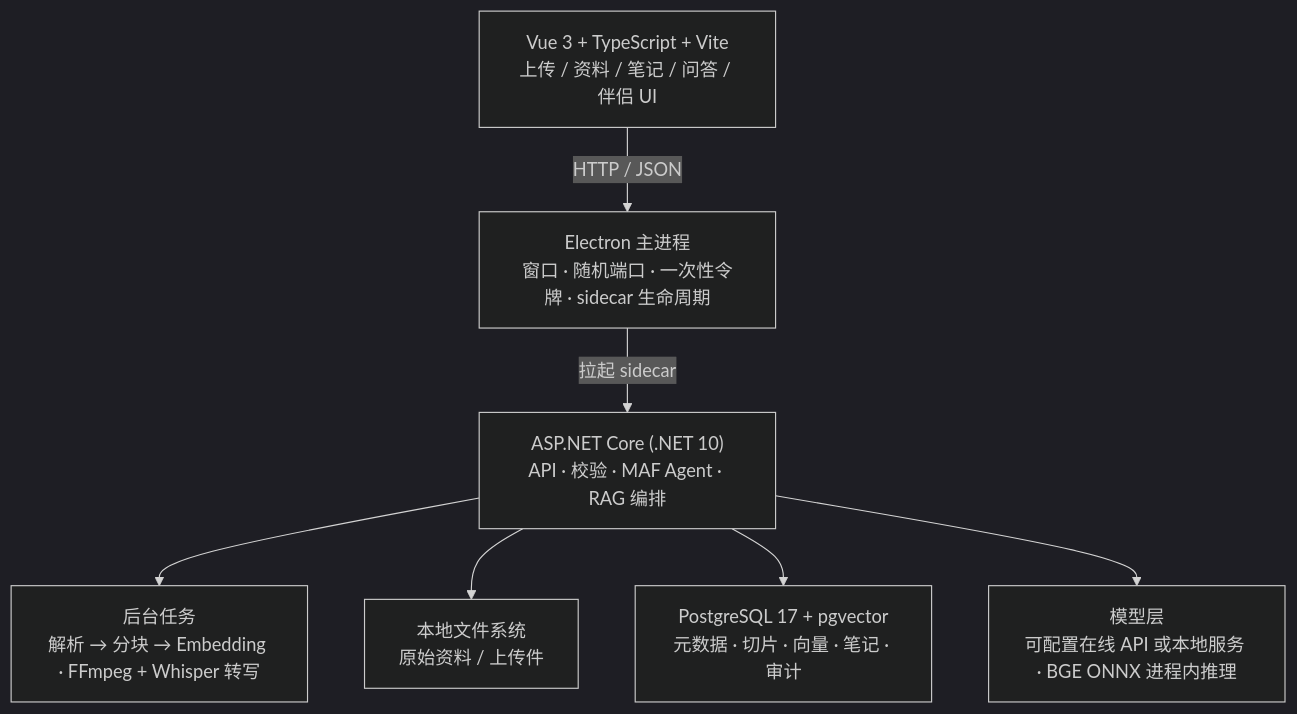
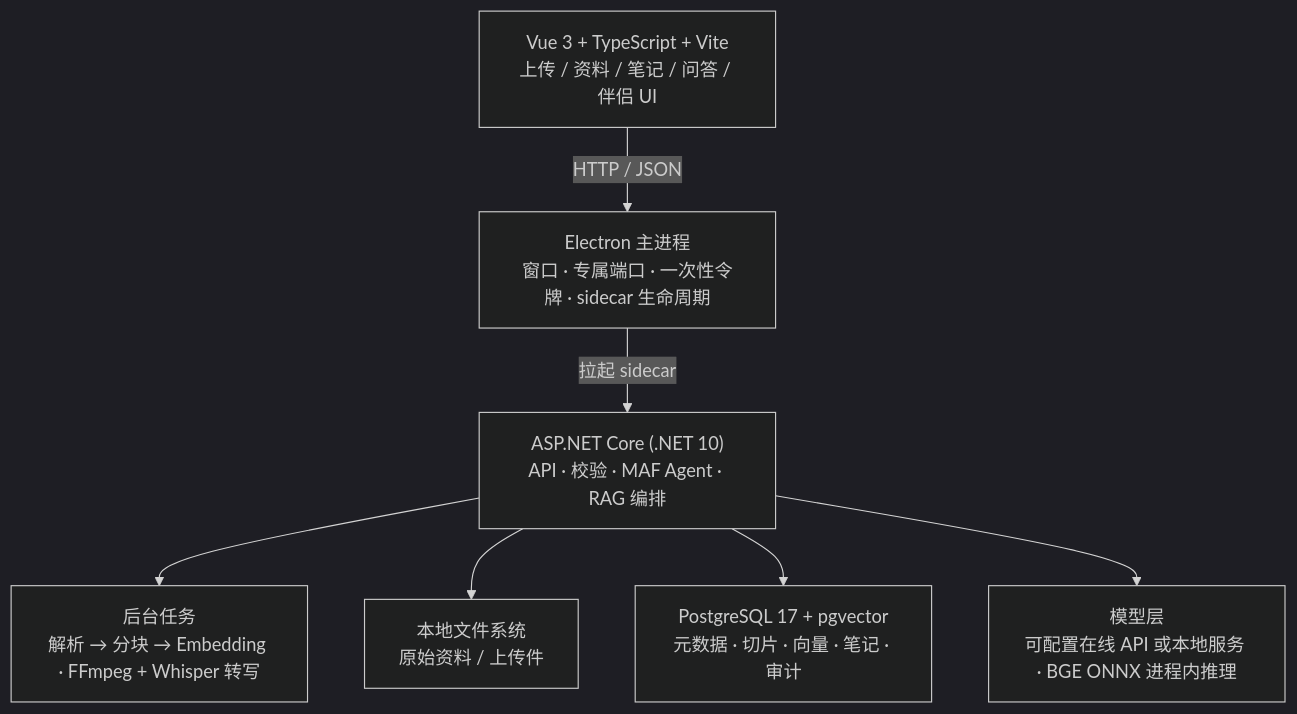
The second of 2 diagrams in README.md (1Oldcoin/KnowSpace), drawn with Mermaid (dark theme) before and after one commit. The commit also changed other lines of this file and 19 other files, not shown here.

````diff
--- a/README.md
+++ b/README.md
@@ -77,17 +77,17 @@
 ```mermaid
 graph TD
     A["Vue 3 + TypeScript + Vite<br/>上传 / 资料 / 笔记 / 问答 / 伴侣 UI"]
-    B["Electron 主进程<br/>窗口 · 随机端口 · 一次性令牌 · sidecar 生命周期"]
+    B["Electron 主进程<br/>窗口 · 专属端口 · 一次性令牌 · sidecar 生命周期"]
     C["ASP.NET Core (.NET 10)<br/>API · 校验 · MAF Agent · RAG 编排"]
     D["后台任务<br/>解析 → 分块 → Embedding · FFmpeg + Whisper 转写"]
     E["本地文件系统<br/>原始资料 / 上传件"]
     F["PostgreSQL 17 + pgvector<br/>元数据 · 切片 · 向量 · 笔记 · 审计"]
     G["模型层<br/>可配置在线 API 或本地服务 · BGE ONNX 进程内推理"]
 
     A -->|HTTP / JSON| B
     B -->|拉起 sidecar| C
     C --> D
     C --> E
     C --> F
     C --> G
 ```
````
